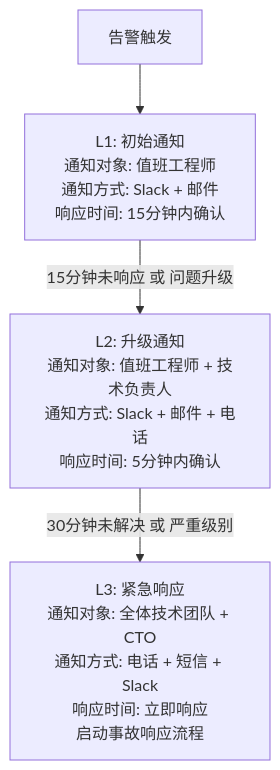
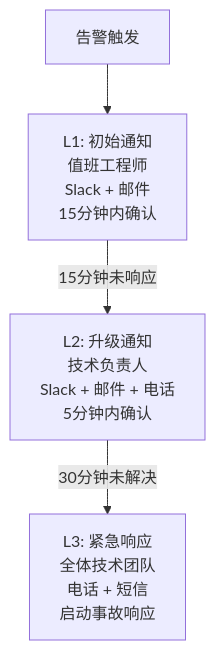
Before and after one commit to readmigo/docs: the second of 2 diagrams in 05-operations/monitoring/performance.md, drawn with Mermaid. The commit also changed other lines of this file and 27 other files, not shown here.

First line of the commit message:
audit: remove code snippets, update to 2-env architecture across operations and pipeline docs

````diff
--- a/05-operations/monitoring/performance.md
+++ b/05-operations/monitoring/performance.md
@@ -854,6 +132,6 @@
 ```mermaid
 graph TD
-    A["告警触发"] --> B["L1: 初始通知<br>通知对象: 值班工程师<br>通知方式: Slack + 邮件<br>响应时间: 15分钟内确认"]
-    B -->|"15分钟未响应 或 问题升级"| C["L2: 升级通知<br>通知对象: 值班工程师 + 技术负责人<br>通知方式: Slack + 邮件 + 电话<br>响应时间: 5分钟内确认"]
-    C -->|"30分钟未解决 或 严重级别"| D["L3: 紧急响应<br>通知对象: 全体技术团队 + CTO<br>通知方式: 电话 + 短信 + Slack<br>响应时间: 立即响应<br>启动事故响应流程"]
+    A["告警触发"] --> B["L1: 初始通知<br>值班工程师<br>Slack + 邮件<br>15分钟内确认"]
+    B -->|"15分钟未响应"| C["L2: 升级通知<br>技术负责人<br>Slack + 邮件 + 电话<br>5分钟内确认"]
+    C -->|"30分钟未解决"| D["L3: 紧急响应<br>全体技术团队<br>电话 + 短信<br>启动事故响应"]
 ```
````
